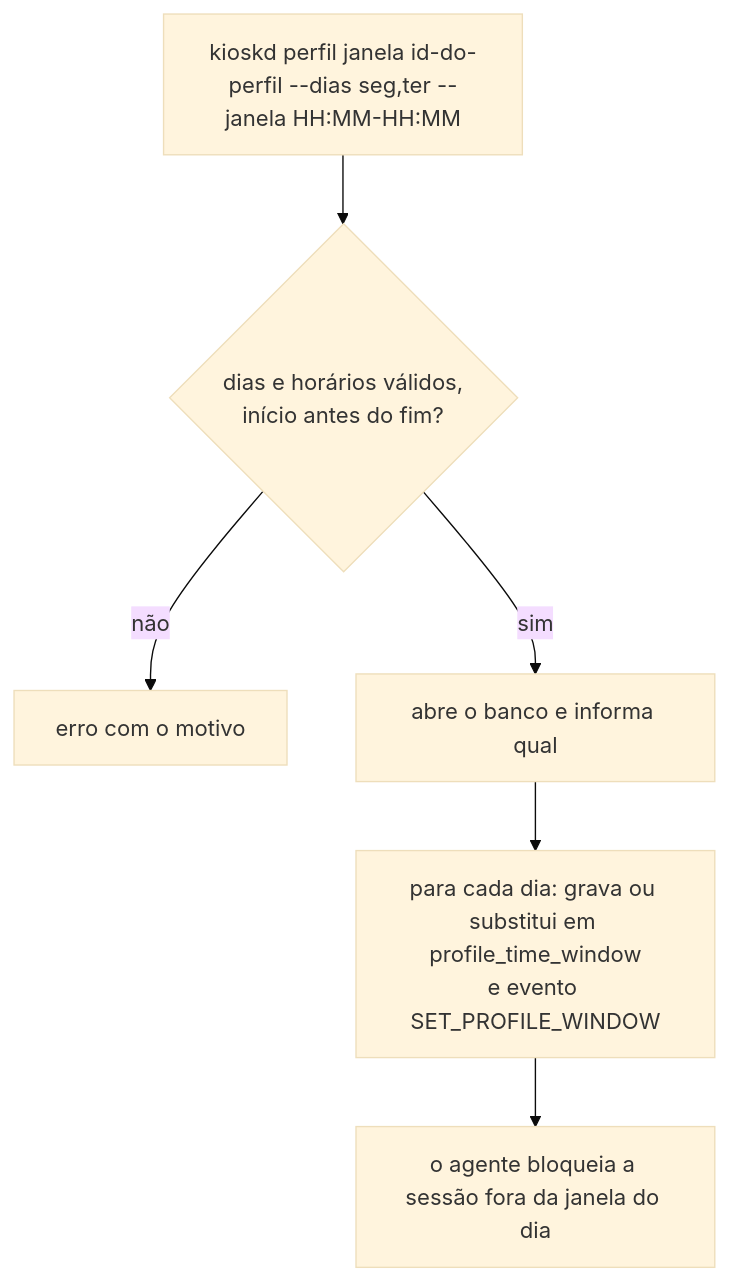
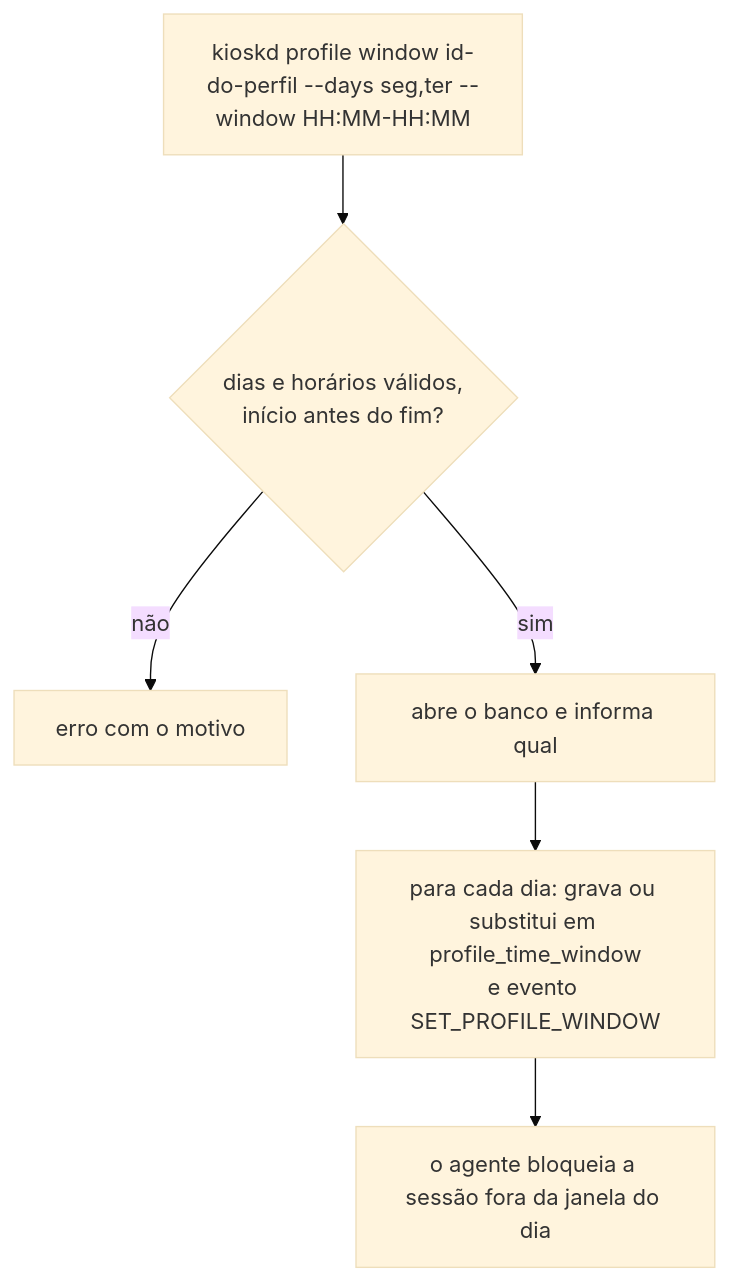
The tenth of 28 diagrams in docs/architecture/fluxos-dos-comandos.md (jefersonlop3s/kiosk-engine), drawn with Mermaid (base theme) before and after one commit. The commit also changed other lines of this file and 43 other files, not shown here.

````diff
--- a/docs/architecture/fluxos-dos-comandos.md
+++ b/docs/architecture/fluxos-dos-comandos.md
@@ -168,8 +168,8 @@
 ```mermaid
 flowchart TD
-    A["kioskd perfil janela id-do-perfil --dias seg,ter --janela HH:MM-HH:MM"] --> B{"dias e horários válidos,<br/>início antes do fim?"}
+    A["kioskd profile window id-do-perfil --days seg,ter --window HH:MM-HH:MM"] --> B{"dias e horários válidos,<br/>início antes do fim?"}
     B -->|não| E1["erro com o motivo"]
     B -->|sim| C["abre o banco e informa qual"]
     C --> D["para cada dia: grava ou substitui em profile_time_window<br/>e evento SET_PROFILE_WINDOW"]
     D --> F["o agente bloqueia a sessão fora da janela do dia"]
 ```
````
